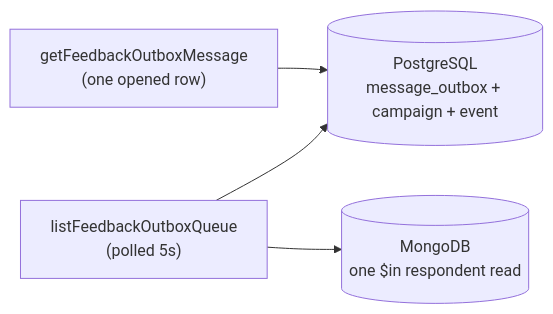
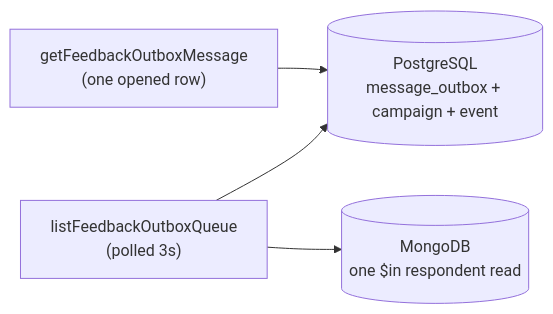
One commit to johnakisk0700/slopform changed the diagram in docs/frontend/feedback-outbound-queue.md. Above: the diagram before and after it, drawn with Mermaid. The commit also changed other lines of this file and 21 other files, not shown here.

````diff
--- a/docs/frontend/feedback-outbound-queue.md
+++ b/docs/frontend/feedback-outbound-queue.md
@@ -109,6 +109,6 @@
 ```mermaid
 flowchart LR
-  list["listFeedbackOutboxQueue\n(polled 5s)"] --> pg[(PostgreSQL\nmessage_outbox + campaign + event)]
+  list["listFeedbackOutboxQueue\n(polled 3s)"] --> pg[(PostgreSQL\nmessage_outbox + campaign + event)]
   list --> mongo[(MongoDB\none $in respondent read)]
   row["getFeedbackOutboxMessage\n(one opened row)"] --> pg
 ```
````
